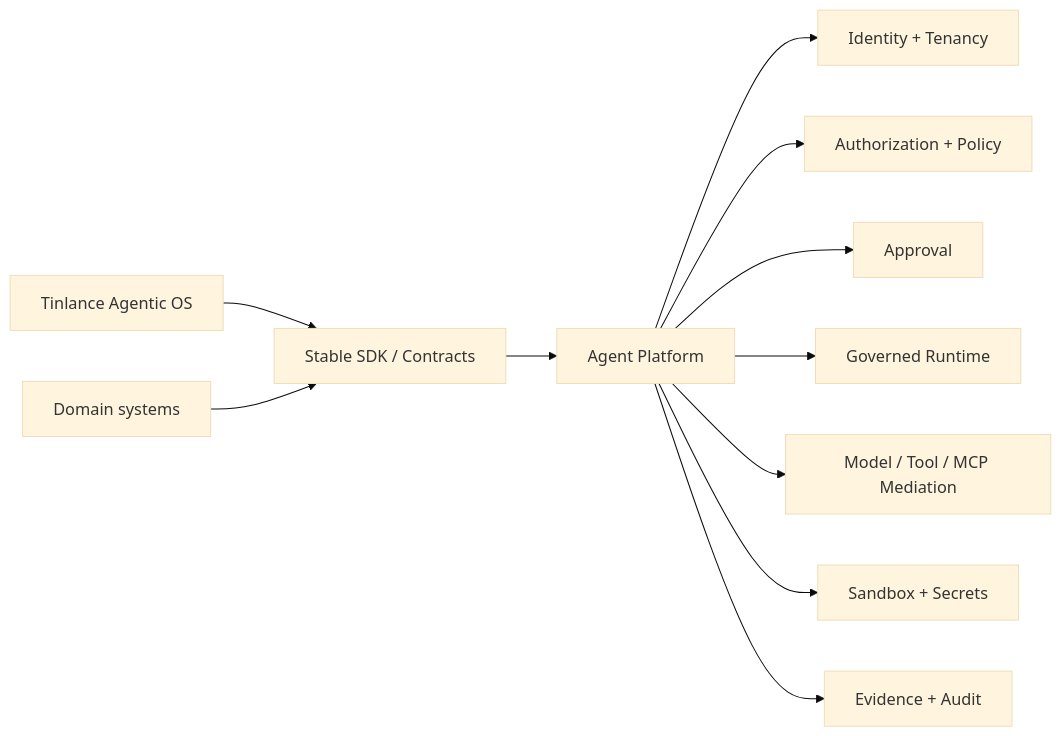
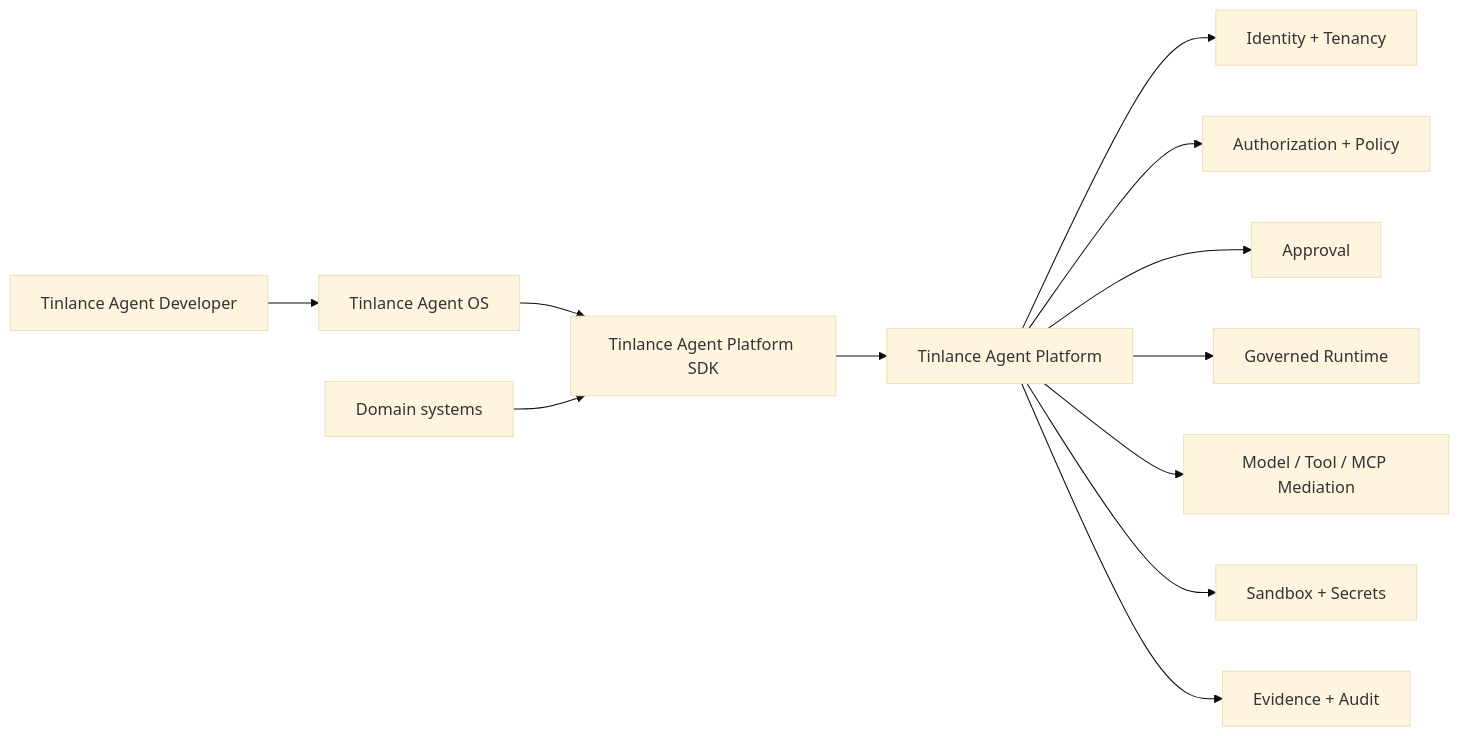
Before and after one commit to LloydCoder/tinlance-agent-platform: the diagram in README.md, drawn with Mermaid (base theme).

Commit message:
docs: reconcile canonical ecosystem flowchart

```diff
--- a/README.md
+++ b/README.md
@@ -15,13 +15,14 @@
 ~~~mermaid
 flowchart LR
-    OS[Tinlance Agentic OS] --> SDK[Stable SDK / Contracts]
-    SDK --> P[Agent Platform]
+    D[Tinlance Agent Developer] --> OS[Tinlance Agent OS]
+    OS --> SDK[Tinlance Agent Platform SDK]
+    SDK --> P[Tinlance Agent Platform]
     P --> ID[Identity + Tenancy]
     P --> AUTH[Authorization + Policy]
     P --> APP[Approval]
     P --> RUN[Governed Runtime]
     P --> TOOL[Model / Tool / MCP Mediation]
     P --> SB[Sandbox + Secrets]
     P --> EV[Evidence + Audit]
     DOMAIN[Domain systems] --> SDK
 ~~~
```
